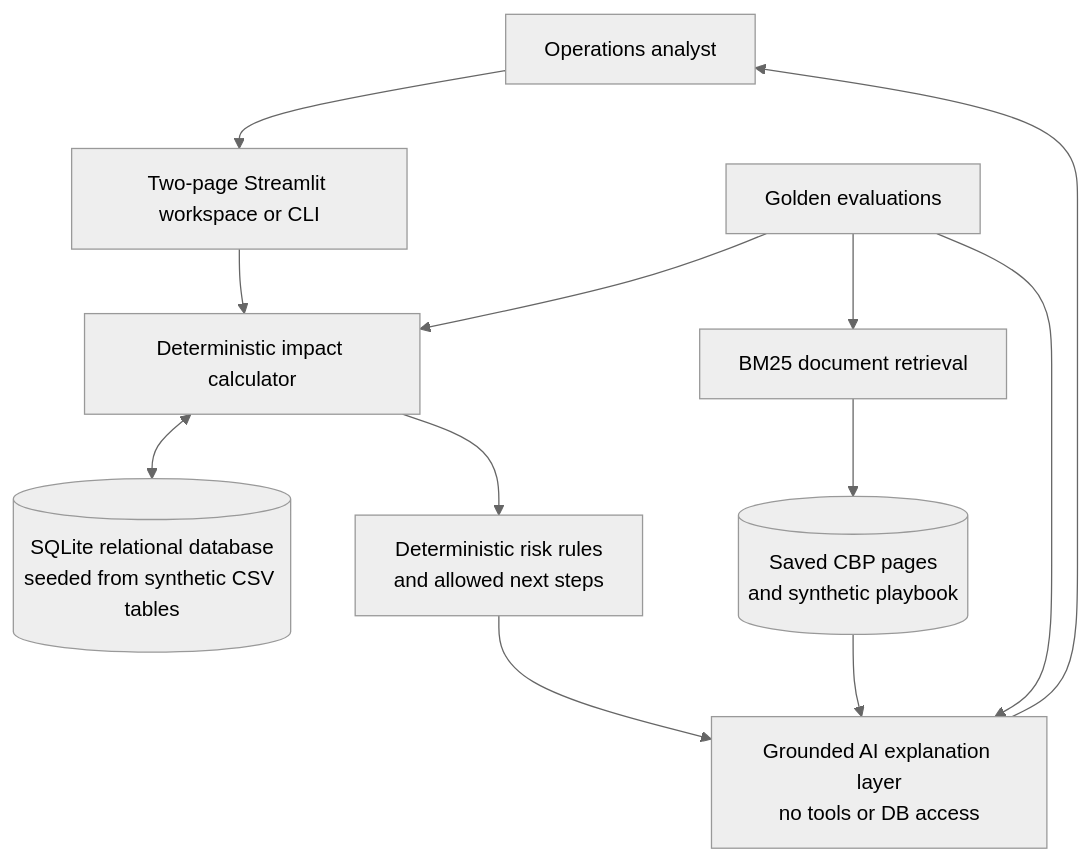
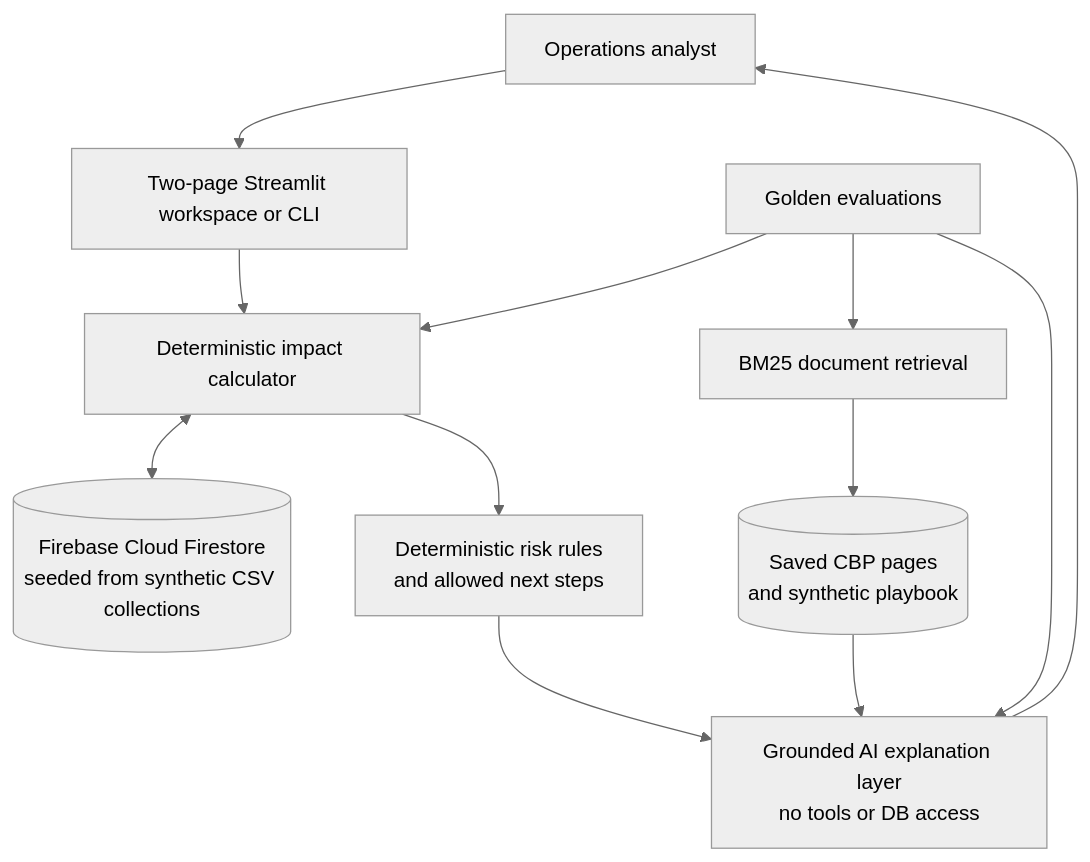
Before and after one commit to meshreyy/evidence-ai: the diagram in docs/architecture.md, drawn with Mermaid (neutral theme). The commit also changed other lines of this file and 22 other files, not shown here.

Commit message:
Migrate operational store to Firebase Firestore

````diff
--- a/docs/architecture.md
+++ b/docs/architecture.md
@@ -3,14 +3,14 @@
 ```mermaid
 flowchart TD
     U[Operations analyst] --> UI[Two-page Streamlit workspace or CLI]
     UI --> C[Deterministic impact calculator]
-    C <--> DB[(SQLite relational database\nseeded from synthetic CSV tables)]
+    C <--> DB[(Firebase Cloud Firestore\nseeded from synthetic CSV collections)]
     C --> R[Deterministic risk rules\nand allowed next steps]
     R --> X[Grounded AI explanation layer\nno tools or DB access]
     D[BM25 document retrieval] --> DOCS[(Saved CBP pages\nand synthetic playbook)]
     DOCS --> X
     X --> U
     E[Golden evaluations] --> C
     E --> D
     E --> X
 ```
````
